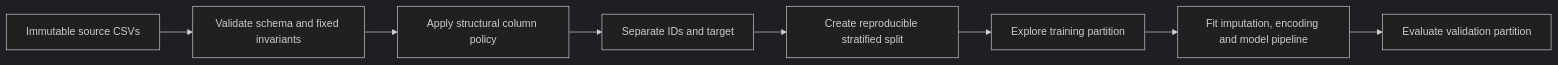
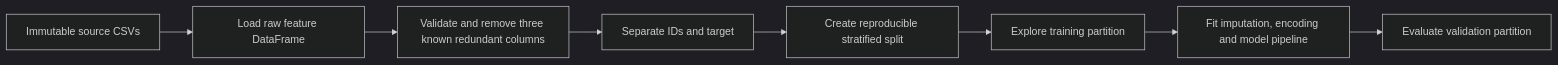
One commit to AnthonyPWatts/imperial-capstone changed the diagram in stage-1-pump-it-up/reports/data-preparation-next-steps.md. Above: the diagram before and after it, drawn with Mermaid (dark theme). The commit also changed other lines of this file and 2 other files, not shown here.

Commit message:
Narrowed structural column removal

````diff
--- a/stage-1-pump-it-up/reports/data-preparation-next-steps.md
+++ b/stage-1-pump-it-up/reports/data-preparation-next-steps.md
@@ -125,10 +130,10 @@
 ```mermaid
 flowchart LR
-    A["Immutable source CSVs"] --> B["Validate schema and fixed invariants"]
-    B --> C["Apply structural column policy"]
+    A["Immutable source CSVs"] --> B["Load raw feature DataFrame"]
+    B --> C["Validate and remove three known redundant columns"]
     C --> D["Separate IDs and target"]
     D --> E["Create reproducible stratified split"]
     E --> F["Explore training partition"]
     F --> G["Fit imputation, encoding and model pipeline"]
     G --> H["Evaluate validation partition"]
 ```
````
